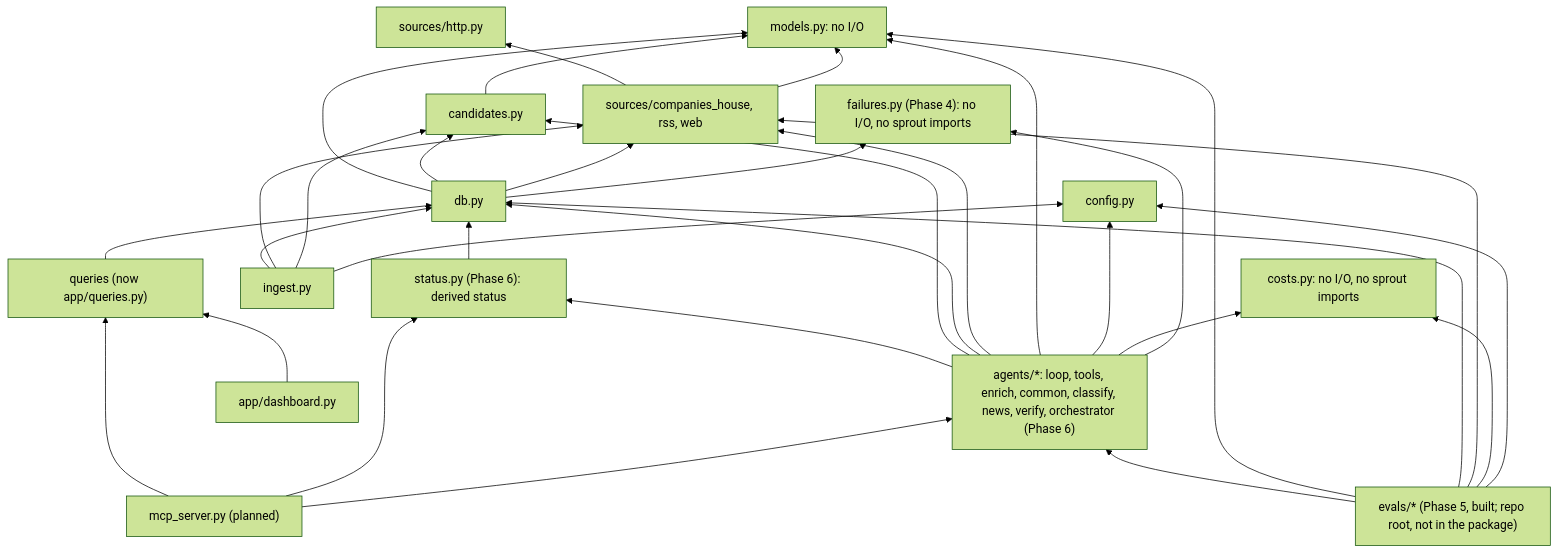
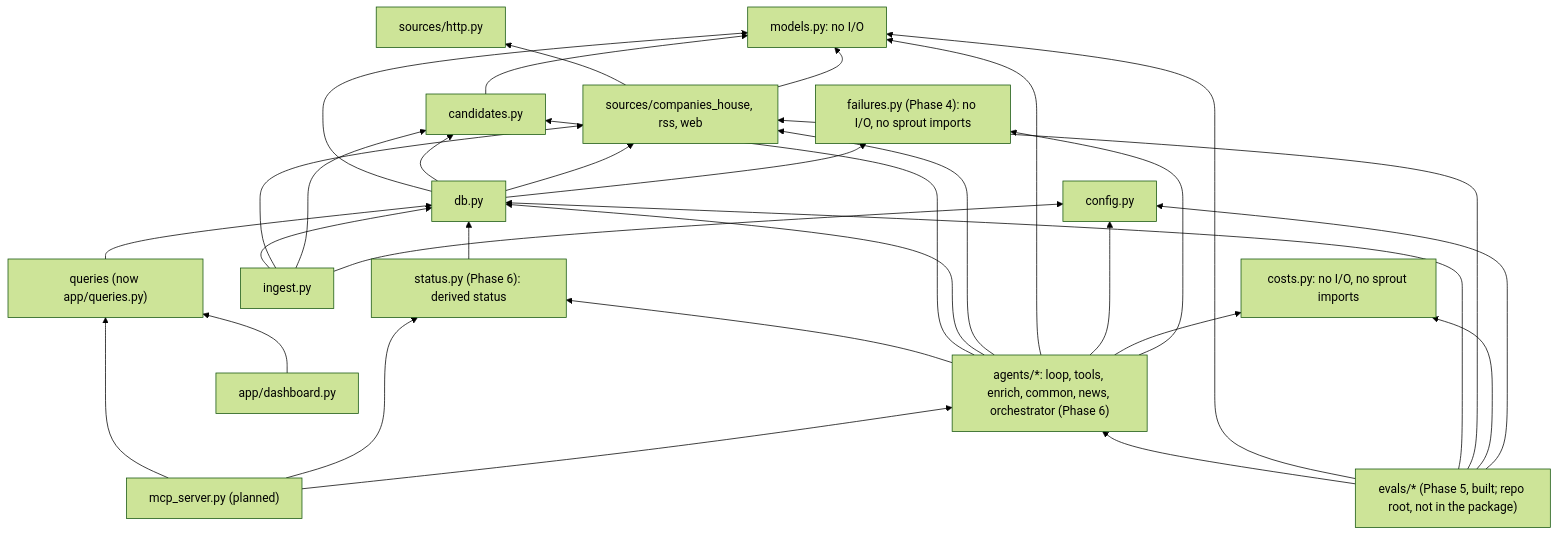
One commit to Farzaanee/sprout changed the first of 2 diagrams in docs/architecture/1. overview.md. Above: the diagram before and after it, drawn with Mermaid (forest theme). The commit also changed other lines of this file and 38 other files, not shown here.

````diff
--- a/docs/architecture/1. overview.md
+++ b/docs/architecture/1. overview.md
@@ -23,49 +23,49 @@
 ```mermaid
 flowchart BT
     models["models.py: no I/O"]
     config["config.py"]
     costs["costs.py: no I/O, no sprout imports"]
     failures["failures.py (Phase 4): no I/O, no sprout imports"]
     candidates["candidates.py"]
     http["sources/http.py"]
     sources["sources/companies_house, rss, web"]
     db["db.py"]
     ingest["ingest.py"]
     queries["queries (now app/queries.py)"]
     statusmod["status.py (Phase 6): derived status"]
-    agents["agents/*: loop, tools, enrich, common, classify, news, verify, orchestrator (Phase 6)"]
+    agents["agents/*: loop, tools, enrich, common, news, orchestrator (Phase 6)"]
     mcp["mcp_server.py (planned)"]
     dash["app/dashboard.py"]
     evals["evals/* (Phase 5, built; repo root, not in the package)"]
     candidates --> models
     sources --> http
     sources --> models
     db --> models
     db --> candidates
     db --> sources
     db --> failures
     ingest --> db
     ingest --> sources
     ingest --> candidates
     ingest --> config
     queries --> db
     statusmod --> db
     agents --> statusmod
     agents --> candidates
     agents --> db
     agents --> sources
     agents --> models
     agents --> config
     agents --> costs
     agents --> failures
     mcp --> queries
     mcp --> statusmod
     mcp --> agents
     dash --> queries
     evals --> agents
     evals --> models
     evals --> db
     evals --> sources
     evals --> costs
     evals --> config
 ```
````
